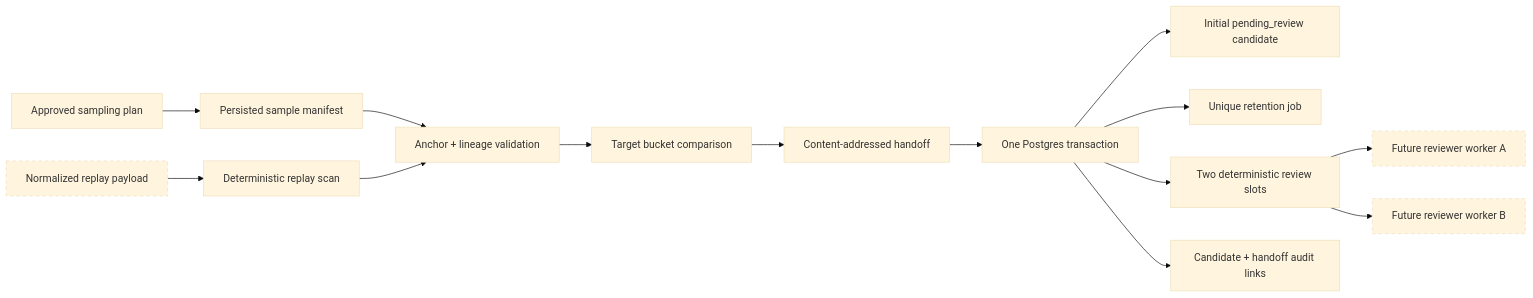
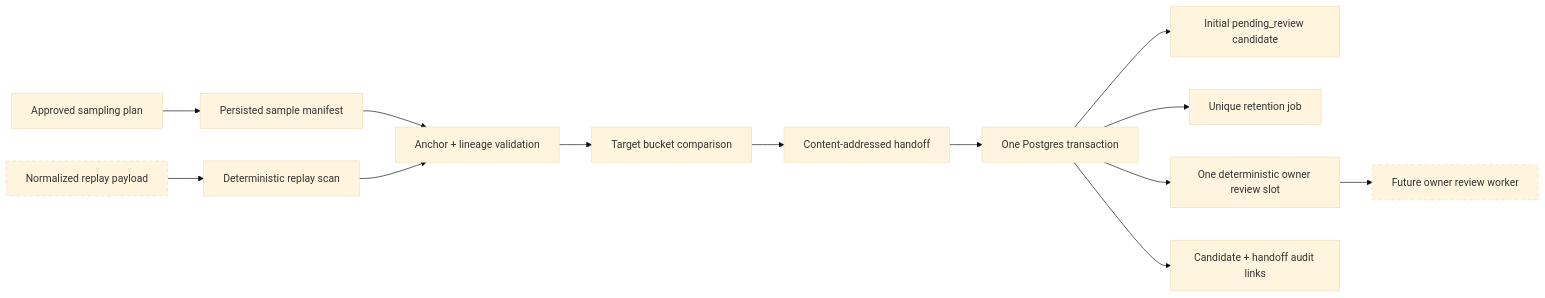
The diagram in docs/evm-chain-analysis-sampling-handoff.md (spencer17x/xxyy-ask), drawn with Mermaid (base theme) before and after one commit. The commit also changed other lines of this file and 39 other files, not shown here.

````diff
--- a/docs/evm-chain-analysis-sampling-handoff.md
+++ b/docs/evm-chain-analysis-sampling-handoff.md
@@ -17,20 +17,18 @@
 ```mermaid
 flowchart LR
   Plan["Approved sampling plan"] --> Manifest["Persisted sample manifest"]
   Payload["Normalized replay payload"] --> Rescan["Deterministic replay scan"]
   Manifest --> Validate["Anchor + lineage validation"]
   Rescan --> Validate
   Validate --> Compare["Target bucket comparison"]
   Compare --> Handoff["Content-addressed handoff"]
   Handoff --> Tx["One Postgres transaction"]
   Tx --> Candidate["Initial pending_review candidate"]
   Tx --> Retention["Unique retention job"]
-  Tx --> ReviewSlots["Two deterministic review slots"]
+  Tx --> ReviewSlot["One deterministic owner review slot"]
   Tx --> Audit["Candidate + handoff audit links"]
-  ReviewSlots --> ReviewA["Future reviewer worker A"]
-  ReviewSlots --> ReviewB["Future reviewer worker B"]
+  ReviewSlot --> OwnerReview["Future owner review worker"]
 
   style Payload stroke-dasharray: 5 5
-  style ReviewA stroke-dasharray: 5 5
-  style ReviewB stroke-dasharray: 5 5
+  style OwnerReview stroke-dasharray: 5 5
 ```
````
